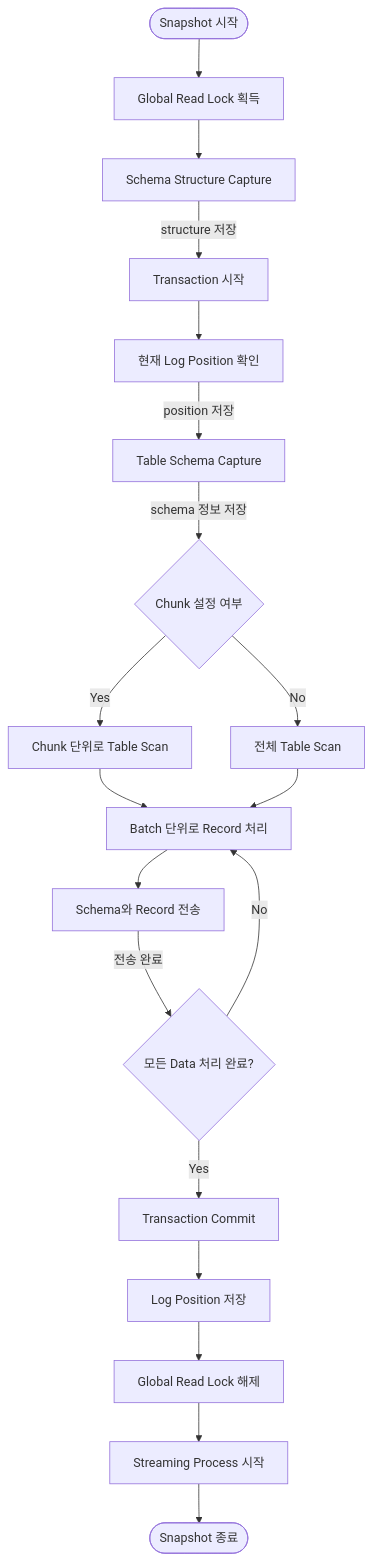
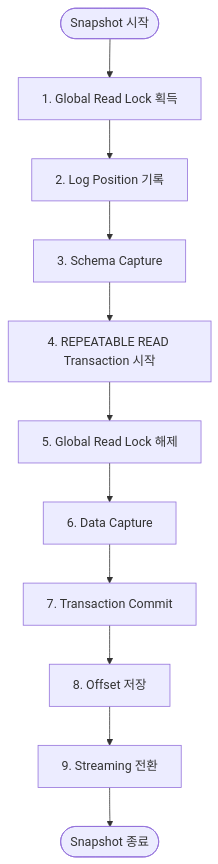
One commit to choesimin/choesimin.github.io changed the first of 2 diagrams in collections/_notes/open-source/debezium/snapshot/process.md. Above: the diagram before and after it, drawn with Mermaid. The commit also changed other lines of this file and 9 other files, not shown here.

````diff
--- a/collections/_notes/open-source/debezium/snapshot/process.md
+++ b/collections/_notes/open-source/debezium/snapshot/process.md
@@ -15,27 +20,25 @@
 ```mermaid
 flowchart TD
-    snapshot_start([Snapshot 시작]) --> lock[Global Read Lock 획득]
-    lock --> schema_str[Schema Structure Capture]
-    schema_str -->|structure 저장| tx_start[Transaction 시작]
-    
-    tx_start --> log_pos[현재 Log Position 확인]
-    log_pos --> |position 저장| table_schema[Table Schema Capture]
-    
-    table_schema --> |schema 정보 저장| chunk_check{Chunk 설정 여부}
-    chunk_check --> |Yes| chunk_scan[Chunk 단위로 Table Scan]
-    chunk_check --> |No| full_scan[전체 Table Scan]
-    
-    chunk_scan --> data_batch[Batch 단위로 Record 처리]
-    full_scan --> data_batch
-    
-    data_batch --> send_data[Schema와 Record 전송]
-    send_data --> |전송 완료| tx_end{모든 Data 처리 완료?}
-    
-    tx_end --> |No| data_batch
-    tx_end --> |Yes| commit[Transaction Commit]
-    
-    commit --> save_pos[Log Position 저장]
-    save_pos --> release_lock[Global Read Lock 해제]
-    release_lock --> stream_start[Streaming Process 시작]
-    stream_start --> snapshot_end([Snapshot 종료])
+    start([Snapshot 시작])
+    lock[1. Global Read Lock 획득]
+    log_pos[2. Log Position 기록]
+    schema[3. Schema Capture]
+    tx[4. REPEATABLE READ Transaction 시작]
+    unlock[5. Global Read Lock 해제]
+    data[6. Data Capture]
+    commit[7. Transaction Commit]
+    save[8. Offset 저장]
+    stream[9. Streaming 전환]
+    done([Snapshot 종료])
+
+    start --> lock
+    lock --> log_pos
+    log_pos --> schema
+    schema --> tx
+    tx --> unlock
+    unlock --> data
+    data --> commit
+    commit --> save
+    save --> stream
+    stream --> done
 ```
````
